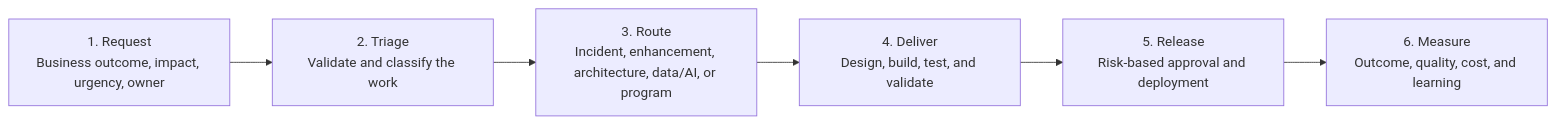
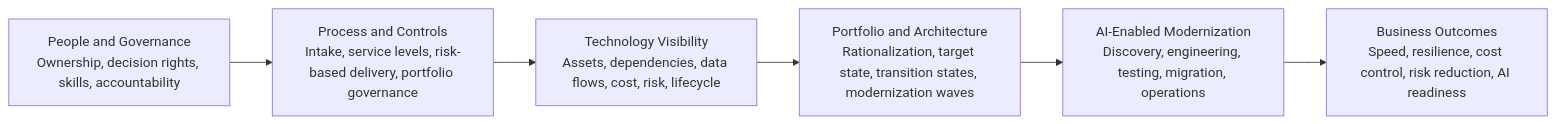
Before and after one commit to aksikha/Technology-Modernization-for-AI-Readiness: the diagram in README.md, drawn with Mermaid. The commit also changed other lines of this file, not shown here.

````diff
--- a/README.md
+++ b/README.md
@@ -130,11 +31,11 @@
 ```mermaid
 flowchart LR
-    A["1. Request<br/>Business outcome, impact, urgency, owner"]
-    B["2. Triage<br/>Validate and classify the work"]
-    C["3. Route<br/>Incident, enhancement, architecture, data/AI, or program"]
-    D["4. Deliver<br/>Design, build, test, and validate"]
-    E["5. Release<br/>Risk-based approval and deployment"]
-    F["6. Measure<br/>Outcome, quality, cost, and learning"]
+    A["People and Governance<br/>Ownership, decision rights, skills, accountability"]
+    B["Process and Controls<br/>Intake, service levels, risk-based delivery, portfolio governance"]
+    C["Technology Visibility<br/>Assets, dependencies, data flows, cost, risk, lifecycle"]
+    D["Portfolio and Architecture<br/>Rationalization, target state, transition states, modernization waves"]
+    E["AI-Enabled Modernization<br/>Discovery, engineering, testing, migration, operations"]
+    F["Business Outcomes<br/>Speed, resilience, cost control, risk reduction, AI readiness"]
 
     A --> B --> C --> D --> E --> F
 ```
````
